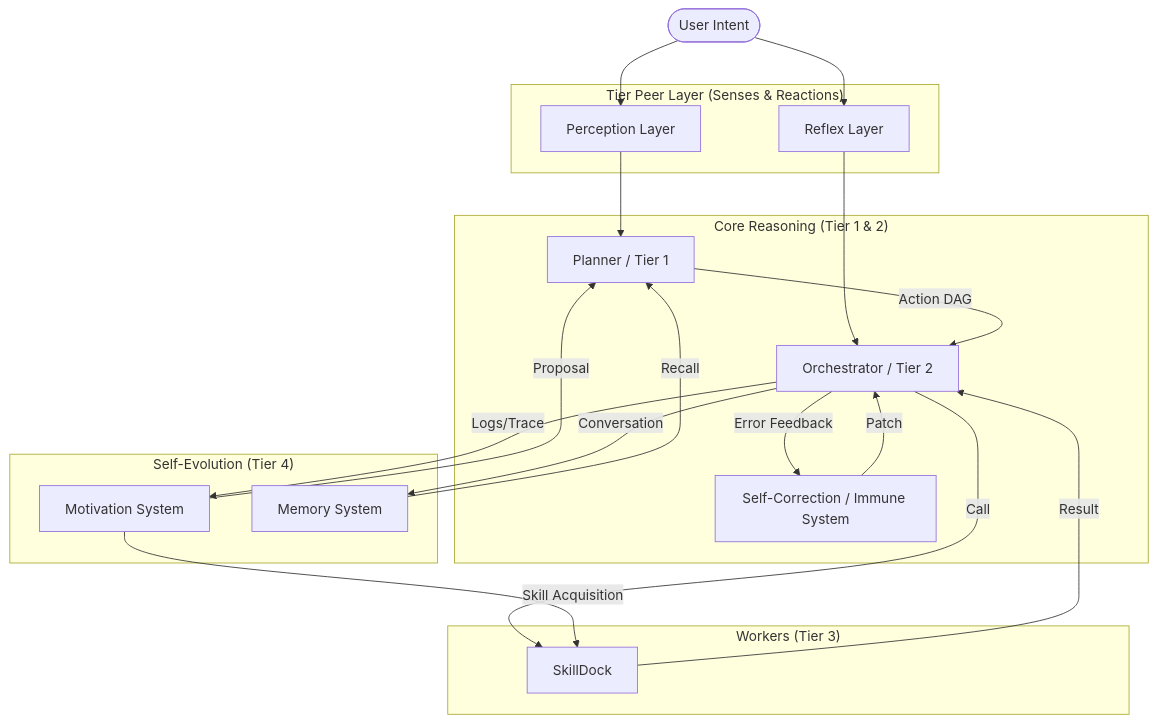
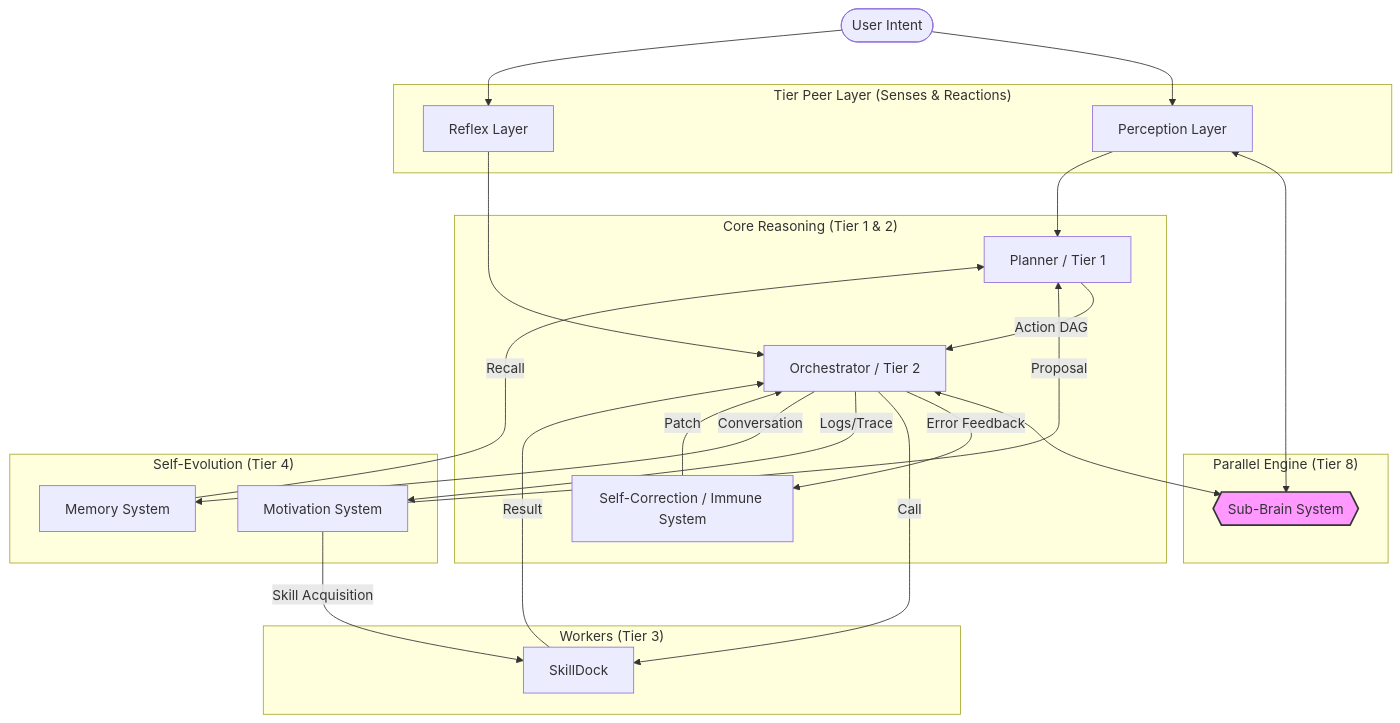
One commit to kanephamphu/connex-openagi changed the diagram in docs/ARCHITECTURE.md. Above: the diagram before and after it, drawn with Mermaid. The commit also changed other lines of this file and 32 other files, not shown here.

Commit message:
feat: Establish foundational AGI architecture with a central brain for model routing, perception, reflex, and memory layers.

````diff
--- a/docs/ARCHITECTURE.md
+++ b/docs/ARCHITECTURE.md
@@ -11,41 +11,50 @@
 ```mermaid
 graph TD
     User([User Intent]) --> Perception
     User --> Reflex
     
     subgraph Senses["Tier Peer Layer (Senses & Reactions)"]
         Perception[Perception Layer]
         Reflex[Reflex Layer]
     end
     
+    subgraph Accelerator["Parallel Engine (Tier 8)"]
+        SubBrain{{Sub-Brain System}}
+    end
+    
+    Perception <--> SubBrain
+    Orchestrator <--> SubBrain
+
     Perception --> Planner
     Reflex --> Orchestrator
     
     subgraph Core["Core Reasoning (Tier 1 & 2)"]
         Planner[Planner / Tier 1]
         Orchestrator[Orchestrator / Tier 2]
         Corrector[Self-Correction / Immune System]
     end
     
     Planner -- Action DAG --> Orchestrator
     Orchestrator -- Error Feedback --> Corrector
     Corrector -- Patch --> Orchestrator
     
     subgraph Execution["Workers (Tier 3)"]
         SkillDock[SkillDock]
     end
     
     Orchestrator -- Call --> SkillDock
     SkillDock -- Result --> Orchestrator
     
     subgraph Evolution["Self-Evolution (Tier 4)"]
         Motivation[Motivation System]
         Memory[Memory System]
     end
     
     Orchestrator -- Logs/Trace --> Motivation
     Orchestrator -- Conversation --> Memory
     Motivation -- Proposal --> Planner
     Memory -- Recall --> Planner
     Motivation -- Skill Acquisition --> SkillDock
+    
+    style SubBrain fill:#f9f,stroke:#333,stroke-width:2px
 ```
````
